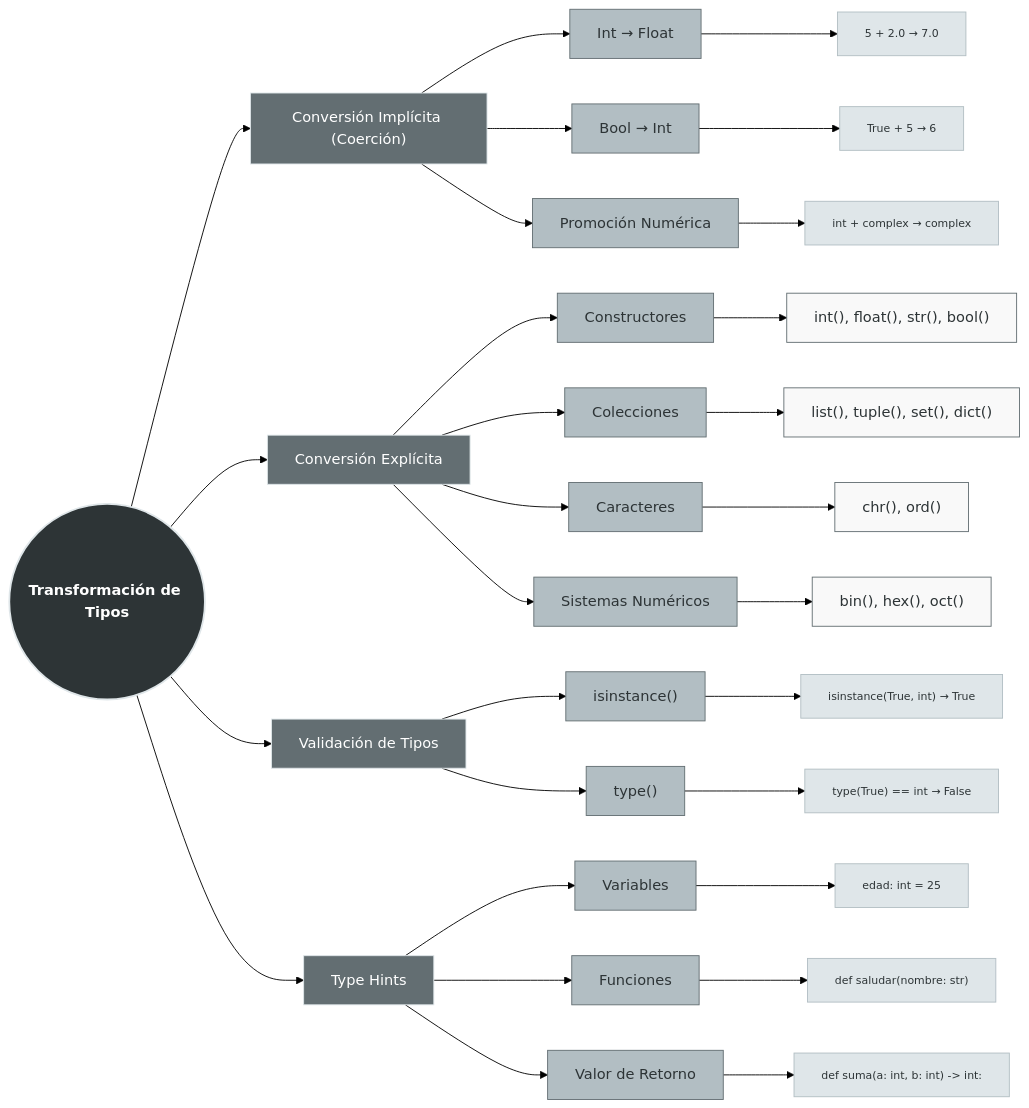
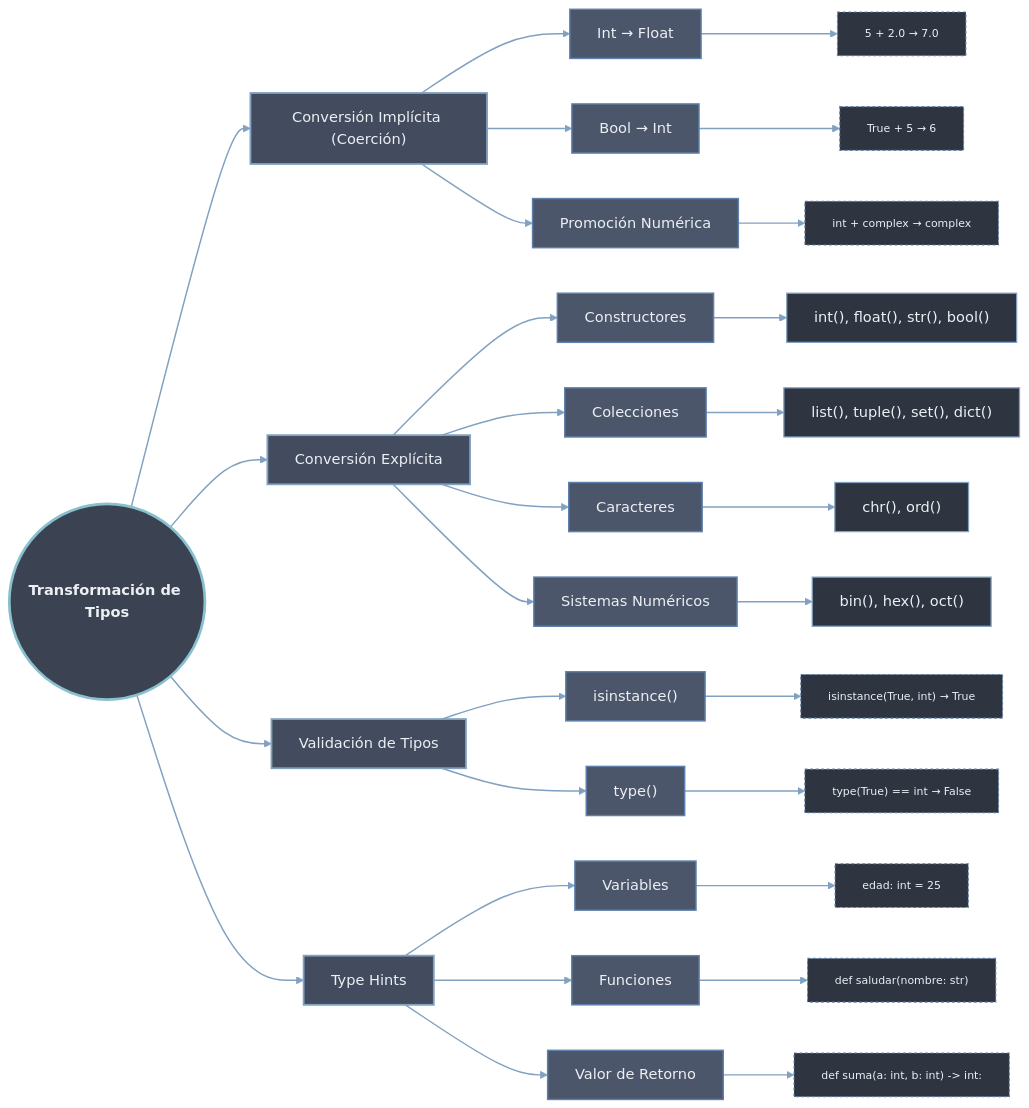
Before and after one commit to Pineapple-Mikael-Engineer/Python_Obsidian: the first of 2 diagrams in 100 Programación Orientada a Procesos/10 Variables y Tipos de Datos/03 Transformación de Tipos.md, drawn with Mermaid (forest theme). The commit also changed other lines of this file and 9 other files, not shown here.

Commit message:
fix: Arreglar Graficos Mermaid a Estandar

````diff
--- a/100 Programación Orientada a Procesos/10 Variables y Tipos de Datos/03 Transformación de Tipos.md
+++ b/100 Programación Orientada a Procesos/10 Variables y Tipos de Datos/03 Transformación de Tipos.md
@@ -8,47 +8,50 @@
 ```mermaid
 flowchart LR
-    classDef principal fill:#2d3436,stroke:#dfe6e9,stroke-width:2px,color:#fff,font-weight:bold;
-    classDef categoria fill:#636e72,stroke:#dfe6e9,stroke-width:1px,color:#fff;
-    classDef subcategoria fill:#b2bec3,stroke:#636e72,stroke-width:1px,color:#2d3436;
-    classDef tipo fill:#f9f9f9,stroke:#636e72,stroke-width:1px,color:#2d3436;
-    classDef ejemplo fill:#dfe6e9,stroke:#b2bec3,stroke-width:1px,color:#2d3436,font-size:12px;
-    
+    classDef principal fill:#3b4252,stroke:#88c0d0,stroke-width:3px,color:#eceff4,font-weight:bold;
+    classDef categoria fill:#434c5e,stroke:#81a1c1,stroke-width:2px,color:#eceff4;
+    classDef subcategoria fill:#4c566a,stroke:#5e81ac,stroke-width:1.6px,color:#eceff4;
+    classDef tipo fill:#2e3440,stroke:#81a1c1,stroke-width:1.4px,color:#eceff4;
+    classDef ejemplo fill:#2e3440,stroke:#5e81ac,stroke-width:1.2px,stroke-dasharray:3 3,color:#eceff4,font-size:12px;
+
     Title((Transformación de Tipos)):::principal
     
     Title --> Coercion["Conversión Implícita (Coerción)"]:::categoria
     Title --> Explicita["Conversión Explícita"]:::categoria
     Title --> Validacion["Validación de Tipos"]:::categoria
     Title --> TypeHints["Type Hints"]:::categoria
     
     Coercion --> Coer1["Int → Float"]:::subcategoria
     Coercion --> Coer2["Bool → Int"]:::subcategoria
     Coercion --> Coer3["Promoción Numérica"]:::subcategoria
     
     Coer1 --> EjCoer1["`5 + 2.0 → 7.0`"]:::ejemplo
     Coer2 --> EjCoer2["`True + 5 → 6`"]:::ejemplo
     Coer3 --> EjCoer3["`int + complex → complex`"]:::ejemplo
     
     Explicita --> Constructores["Constructores"]:::subcategoria
     Explicita --> Colecciones["Colecciones"]:::subcategoria
     Explicita --> Caracteres["Caracteres"]:::subcategoria
     Explicita --> Sistemas["Sistemas Numéricos"]:::subcategoria
     
     Constructores --> ConstrList["int(), float(), str(), bool()"]:::tipo
     Colecciones --> ColectList["list(), tuple(), set(), dict()"]:::tipo
     Caracteres --> CharList["chr(), ord()"]:::tipo
     Sistemas --> SysList["bin(), hex(), oct()"]:::tipo
     
     Validacion --> Isinstance["isinstance()"]:::subcategoria
     Validacion --> Type["type()"]:::subcategoria
     
     Isinstance --> EjIs["isinstance(True, int) → True"]:::ejemplo
     Type --> EjType["type(True) == int → False"]:::ejemplo
     
     TypeHints --> Variables["Variables"]:::subcategoria
     TypeHints --> Funciones["Funciones"]:::subcategoria
     TypeHints --> Retorno["Valor de Retorno"]:::subcategoria
     
     Variables --> EjVar["`edad: int = 25`"]:::ejemplo
     Funciones --> EjFun["`def saludar(nombre: str)`"]:::ejemplo
     Retorno --> EjRet["`def suma(a: int, b: int) -> int:`"]:::ejemplo
+
+    linkStyle default stroke:#81a1c1,stroke-width:1.6px
+
 ```
````
